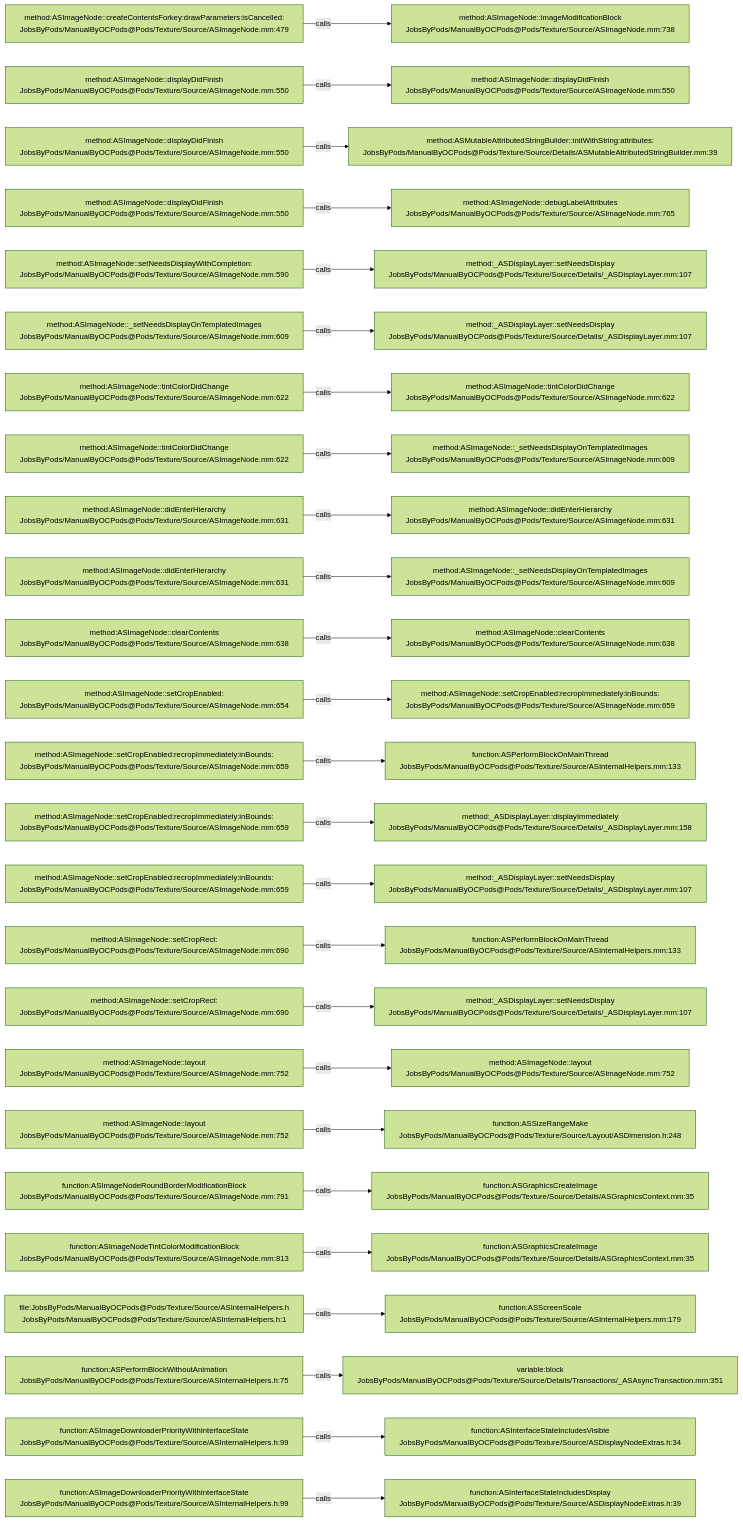
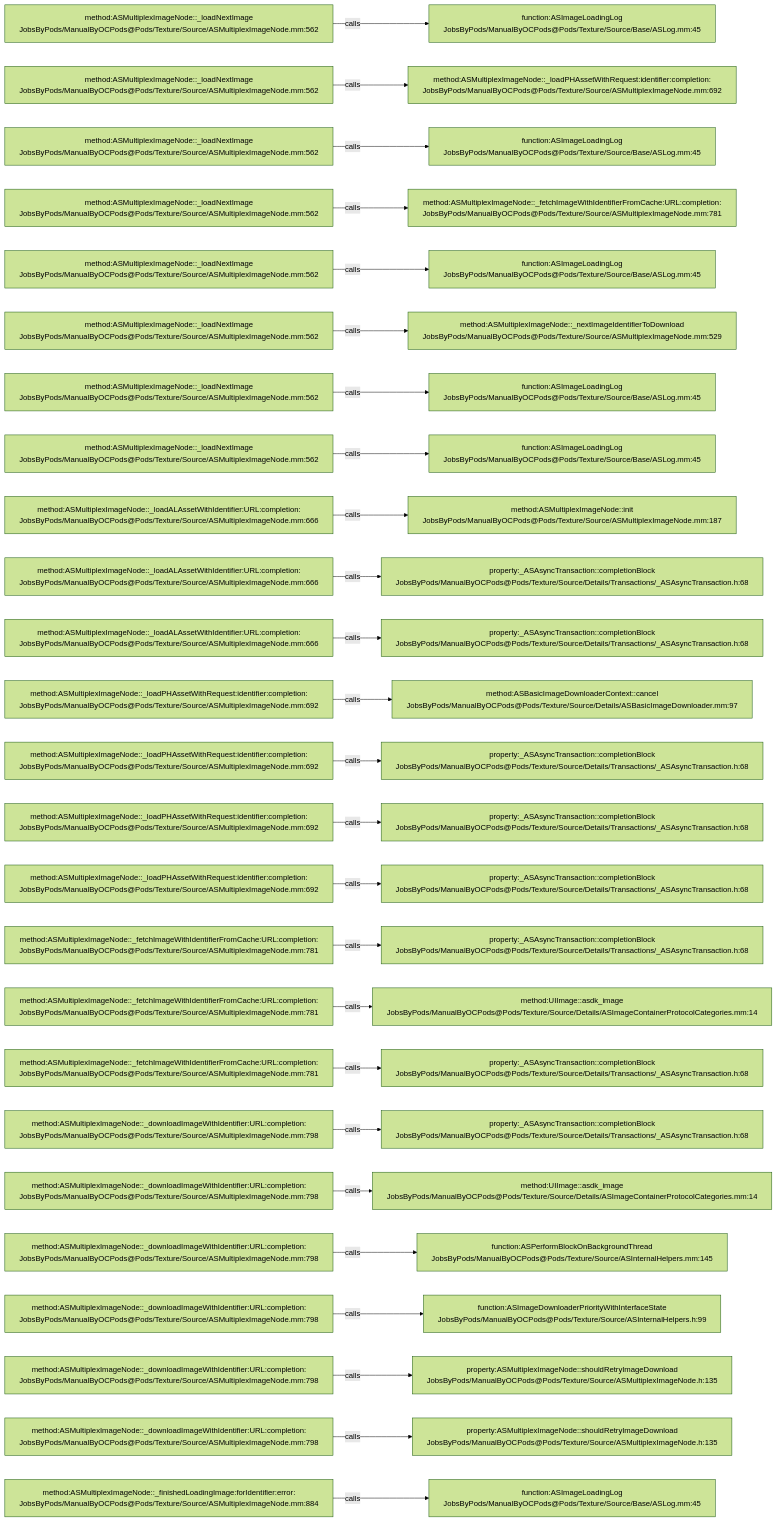
The diagram in .codegraph/codegraph.md/graphs/calls-108.md (JobsKits/JobsOCBaseConfigDemo), drawn with Mermaid (forest theme) before and after one commit. The commit also changed 1448 other files, not shown here.

````diff
--- a/.codegraph/codegraph.md/graphs/calls-108.md
+++ b/.codegraph/codegraph.md/graphs/calls-108.md
@@ -13,78 +13,78 @@
 ```mermaid
 flowchart LR
-  S1["method:ASImageNode::createContentsForkey:drawParameters:isCancelled:<br/>JobsByPods/ManualByOCPods@Pods/Texture/Source/ASImageNode.mm:479"]
-  T1["method:ASImageNode::imageModificationBlock<br/>JobsByPods/ManualByOCPods@Pods/Texture/Source/ASImageNode.mm:738"]
+  S1["method:ASMultiplexImageNode::_loadNextImage<br/>JobsByPods/ManualByOCPods@Pods/Texture/Source/ASMultiplexImageNode.mm:562"]
+  T1["function:ASImageLoadingLog<br/>JobsByPods/ManualByOCPods@Pods/Texture/Source/Base/ASLog.mm:45"]
   S1 -->|calls| T1
-  S2["method:ASImageNode::displayDidFinish<br/>JobsByPods/ManualByOCPods@Pods/Texture/Source/ASImageNode.mm:550"]
-  T2["method:ASImageNode::displayDidFinish<br/>JobsByPods/ManualByOCPods@Pods/Texture/Source/ASImageNode.mm:550"]
+  S2["method:ASMultiplexImageNode::_loadNextImage<br/>JobsByPods/ManualByOCPods@Pods/Texture/Source/ASMultiplexImageNode.mm:562"]
+  T2["method:ASMultiplexImageNode::_loadPHAssetWithRequest:identifier:completion:<br/>JobsByPods/ManualByOCPods@Pods/Texture/Source/ASMultiplexImageNode.mm:692"]
   S2 -->|calls| T2
-  S3["method:ASImageNode::displayDidFinish<br/>JobsByPods/ManualByOCPods@Pods/Texture/Source/ASImageNode.mm:550"]
-  T3["method:ASMutableAttributedStringBuilder::initWithString:attributes:<br/>JobsByPods/ManualByOCPods@Pods/Texture/Source/Details/ASMutableAttributedStringBuilder.mm:39"]
+  S3["method:ASMultiplexImageNode::_loadNextImage<br/>JobsByPods/ManualByOCPods@Pods/Texture/Source/ASMultiplexImageNode.mm:562"]
+  T3["function:ASImageLoadingLog<br/>JobsByPods/ManualByOCPods@Pods/Texture/Source/Base/ASLog.mm:45"]
   S3 -->|calls| T3
-  S4["method:ASImageNode::displayDidFinish<br/>JobsByPods/ManualByOCPods@Pods/Texture/Source/ASImageNode.mm:550"]
-  T4["method:ASImageNode::debugLabelAttributes<br/>JobsByPods/ManualByOCPods@Pods/Texture/Source/ASImageNode.mm:765"]
+  S4["method:ASMultiplexImageNode::_loadNextImage<br/>JobsByPods/ManualByOCPods@Pods/Texture/Source/ASMultiplexImageNode.mm:562"]
+  T4["method:ASMultiplexImageNode::_fetchImageWithIdentifierFromCache:URL:completion:<br/>JobsByPods/ManualByOCPods@Pods/Texture/Source/ASMultiplexImageNode.mm:781"]
   S4 -->|calls| T4
-  S5["method:ASImageNode::setNeedsDisplayWithCompletion:<br/>JobsByPods/ManualByOCPods@Pods/Texture/Source/ASImageNode.mm:590"]
-  T5["method:_ASDisplayLayer::setNeedsDisplay<br/>JobsByPods/ManualByOCPods@Pods/Texture/Source/Details/_ASDisplayLayer.mm:107"]
+  S5["method:ASMultiplexImageNode::_loadNextImage<br/>JobsByPods/ManualByOCPods@Pods/Texture/Source/ASMultiplexImageNode.mm:562"]
+  T5["function:ASImageLoadingLog<br/>JobsByPods/ManualByOCPods@Pods/Texture/Source/Base/ASLog.mm:45"]
   S5 -->|calls| T5
-  S6["method:ASImageNode::_setNeedsDisplayOnTemplatedImages<br/>JobsByPods/ManualByOCPods@Pods/Texture/Source/ASImageNode.mm:609"]
-  T6["method:_ASDisplayLayer::setNeedsDisplay<br/>JobsByPods/ManualByOCPods@Pods/Texture/Source/Details/_ASDisplayLayer.mm:107"]
+  S6["method:ASMultiplexImageNode::_loadNextImage<br/>JobsByPods/ManualByOCPods@Pods/Texture/Source/ASMultiplexImageNode.mm:562"]
+  T6["method:ASMultiplexImageNode::_nextImageIdentifierToDownload<br/>JobsByPods/ManualByOCPods@Pods/Texture/Source/ASMultiplexImageNode.mm:529"]
   S6 -->|calls| T6
-  S7["method:ASImageNode::tintColorDidChange<br/>JobsByPods/ManualByOCPods@Pods/Texture/Source/ASImageNode.mm:622"]
-  T7["method:ASImageNode::tintColorDidChange<br/>JobsByPods/ManualByOCPods@Pods/Texture/Source/ASImageNode.mm:622"]
+  S7["method:ASMultiplexImageNode::_loadNextImage<br/>JobsByPods/ManualByOCPods@Pods/Texture/Source/ASMultiplexImageNode.mm:562"]
+  T7["function:ASImageLoadingLog<br/>JobsByPods/ManualByOCPods@Pods/Texture/Source/Base/ASLog.mm:45"]
   S7 -->|calls| T7
-  S8["method:ASImageNode::tintColorDidChange<br/>JobsByPods/ManualByOCPods@Pods/Texture/Source/ASImageNode.mm:622"]
-  T8["method:ASImageNode::_setNeedsDisplayOnTemplatedImages<br/>JobsByPods/ManualByOCPods@Pods/Texture/Source/ASImageNode.mm:609"]
+  S8["method:ASMultiplexImageNode::_loadNextImage<br/>JobsByPods/ManualByOCPods@Pods/Texture/Source/ASMultiplexImageNode.mm:562"]
+  T8["function:ASImageLoadingLog<br/>JobsByPods/ManualByOCPods@Pods/Texture/Source/Base/ASLog.mm:45"]
   S8 -->|calls| T8
-  S9["method:ASImageNode::didEnterHierarchy<br/>JobsByPods/ManualByOCPods@Pods/Texture/Source/ASImageNode.mm:631"]
-  T9["method:ASImageNode::didEnterHierarchy<br/>JobsByPods/ManualByOCPods@Pods/Texture/Source/ASImageNode.mm:631"]
+  S9["method:ASMultiplexImageNode::_loadALAssetWithIdentifier:URL:completion:<br/>JobsByPods/ManualByOCPods@Pods/Texture/Source/ASMultiplexImageNode.mm:666"]
+  T9["method:ASMultiplexImageNode::init<br/>JobsByPods/ManualByOCPods@Pods/Texture/Source/ASMultiplexImageNode.mm:187"]
   S9 -->|calls| T9
-  S10["method:ASImageNode::didEnterHierarchy<br/>JobsByPods/ManualByOCPods@Pods/Texture/Source/ASImageNode.mm:631"]
-  T10["method:ASImageNode::_setNeedsDisplayOnTemplatedImages<br/>JobsByPods/ManualByOCPods@Pods/Texture/Source/ASImageNode.mm:609"]
+  S10["method:ASMultiplexImageNode::_loadALAssetWithIdentifier:URL:completion:<br/>JobsByPods/ManualByOCPods@Pods/Texture/Source/ASMultiplexImageNode.mm:666"]
+  T10["property:_ASAsyncTransaction::completionBlock<br/>JobsByPods/ManualByOCPods@Pods/Texture/Source/Details/Transactions/_ASAsyncTransaction.h:68"]
   S10 -->|calls| T10
-  S11["method:ASImageNode::clearContents<br/>JobsByPods/ManualByOCPods@Pods/Texture/Source/ASImageNode.mm:638"]
-  T11["method:ASImageNode::clearContents<br/>JobsByPods/ManualByOCPods@Pods/Texture/Source/ASImageNode.mm:638"]
+  S11["method:ASMultiplexImageNode::_loadALAssetWithIdentifier:URL:completion:<br/>JobsByPods/ManualByOCPods@Pods/Texture/Source/ASMultiplexImageNode.mm:666"]
+  T11["property:_ASAsyncTransaction::completionBlock<br/>JobsByPods/ManualByOCPods@Pods/Texture/Source/Details/Transactions/_ASAsyncTransaction.h:68"]
   S11 -->|calls| T11
-  S12["method:ASImageNode::setCropEnabled:<br/>JobsByPods/ManualByOCPods@Pods/Texture/Source/ASImageNode.mm:654"]
-  T12["method:ASImageNode::setCropEnabled:recropImmediately:inBounds:<br/>JobsByPods/ManualByOCPods@Pods/Texture/Source/ASImageNode.mm:659"]
+  S12["method:ASMultiplexImageNode::_loadPHAssetWithRequest:identifier:completion:<br/>JobsByPods/ManualByOCPods@Pods/Texture/Source/ASMultiplexImageNode.mm:692"]
+  T12["method:ASBasicImageDownloaderContext::cancel<br/>JobsByPods/ManualByOCPods@Pods/Texture/Source/Details/ASBasicImageDownloader.mm:97"]
   S12 -->|calls| T12
-  S13["method:ASImageNode::setCropEnabled:recropImmediately:inBounds:<br/>JobsByPods/ManualByOCPods@Pods/Texture/Source/ASImageNode.mm:659"]
-  T13["function:ASPerformBlockOnMainThread<br/>JobsByPods/ManualByOCPods@Pods/Texture/Source/ASInternalHelpers.mm:133"]
+  S13["method:ASMultiplexImageNode::_loadPHAssetWithRequest:identifier:completion:<br/>JobsByPods/ManualByOCPods@Pods/Texture/Source/ASMultiplexImageNode.mm:692"]
+  T13["property:_ASAsyncTransaction::completionBlock<br/>JobsByPods/ManualByOCPods@Pods/Texture/Source/Details/Transactions/_ASAsyncTransaction.h:68"]
   S13 -->|calls| T13
-  S14["method:ASImageNode::setCropEnabled:recropImmediately:inBounds:<br/>JobsByPods/ManualByOCPods@Pods/Texture/Source/ASImageNode.mm:659"]
-  T14["method:_ASDisplayLayer::displayImmediately<br/>JobsByPods/ManualByOCPods@Pods/Texture/Source/Details/_ASDisplayLayer.mm:158"]
+  S14["method:ASMultiplexImageNode::_loadPHAssetWithRequest:identifier:completion:<br/>JobsByPods/ManualByOCPods@Pods/Texture/Source/ASMultiplexImageNode.mm:692"]
+  T14["property:_ASAsyncTransaction::completionBlock<br/>JobsByPods/ManualByOCPods@Pods/Texture/Source/Details/Transactions/_ASAsyncTransaction.h:68"]
   S14 -->|calls| T14
-  S15["method:ASImageNode::setCropEnabled:recropImmediately:inBounds:<br/>JobsByPods/ManualByOCPods@Pods/Texture/Source/ASImageNode.mm:659"]
-  T15["method:_ASDisplayLayer::setNeedsDisplay<br/>JobsByPods/ManualByOCPods@Pods/Texture/Source/Details/_ASDisplayLayer.mm:107"]
+  S15["method:ASMultiplexImageNode::_loadPHAssetWithRequest:identifier:completion:<br/>JobsByPods/ManualByOCPods@Pods/Texture/Source/ASMultiplexImageNode.mm:692"]
+  T15["property:_ASAsyncTransaction::completionBlock<br/>JobsByPods/ManualByOCPods@Pods/Texture/Source/Details/Transactions/_ASAsyncTransaction.h:68"]
   S15 -->|calls| T15
-  S16["method:ASImageNode::setCropRect:<br/>JobsByPods/ManualByOCPods@Pods/Texture/Source/ASImageNode.mm:690"]
-  T16["function:ASPerformBlockOnMainThread<br/>JobsByPods/ManualByOCPods@Pods/Texture/Source/ASInternalHelpers.mm:133"]
+  S16["method:ASMultiplexImageNode::_fetchImageWithIdentifierFromCache:URL:completion:<br/>JobsByPods/ManualByOCPods@Pods/Texture/Source/ASMultiplexImageNode.mm:781"]
+  T16["property:_ASAsyncTransaction::completionBlock<br/>JobsByPods/ManualByOCPods@Pods/Texture/Source/Details/Transactions/_ASAsyncTransaction.h:68"]
   S16 -->|calls| T16
-  S17["method:ASImageNode::setCropRect:<br/>JobsByPods/ManualByOCPods@Pods/Texture/Source/ASImageNode.mm:690"]
-  T17["method:_ASDisplayLayer::setNeedsDisplay<br/>JobsByPods/ManualByOCPods@Pods/Texture/Source/Details/_ASDisplayLayer.mm:107"]
+  S17["method:ASMultiplexImageNode::_fetchImageWithIdentifierFromCache:URL:completion:<br/>JobsByPods/ManualByOCPods@Pods/Texture/Source/ASMultiplexImageNode.mm:781"]
+  T17["method:UIImage::asdk_image<br/>JobsByPods/ManualByOCPods@Pods/Texture/Source/Details/ASImageContainerProtocolCategories.mm:14"]
   S17 -->|calls| T17
-  S18["method:ASImageNode::layout<br/>JobsByPods/ManualByOCPods@Pods/Texture/Source/ASImageNode.mm:752"]
-  T18["method:ASImageNode::layout<br/>JobsByPods/ManualByOCPods@Pods/Texture/Source/ASImageNode.mm:752"]
+  S18["method:ASMultiplexImageNode::_fetchImageWithIdentifierFromCache:URL:completion:<br/>JobsByPods/ManualByOCPods@Pods/Texture/Source/ASMultiplexImageNode.mm:781"]
+  T18["property:_ASAsyncTransaction::completionBlock<br/>JobsByPods/ManualByOCPods@Pods/Texture/Source/Details/Transactions/_ASAsyncTransaction.h:68"]
   S18 -->|calls| T18
-  S19["method:ASImageNode::layout<br/>JobsByPods/ManualByOCPods@Pods/Texture/Source/ASImageNode.mm:752"]
-  T19["function:ASSizeRangeMake<br/>JobsByPods/ManualByOCPods@Pods/Texture/Source/Layout/ASDimension.h:248"]
+  S19["method:ASMultiplexImageNode::_downloadImageWithIdentifier:URL:completion:<br/>JobsByPods/ManualByOCPods@Pods/Texture/Source/ASMultiplexImageNode.mm:798"]
+  T19["property:_ASAsyncTransaction::completionBlock<br/>JobsByPods/ManualByOCPods@Pods/Texture/Source/Details/Transactions/_ASAsyncTransaction.h:68"]
   S19 -->|calls| T19
-  S20["function:ASImageNodeRoundBorderModificationBlock<br/>JobsByPods/ManualByOCPods@Pods/Texture/Source/ASImageNode.mm:791"]
-  T20["function:ASGraphicsCreateImage<br/>JobsByPods/ManualByOCPods@Pods/Texture/Source/Details/ASGraphicsContext.mm:35"]
+  S20["method:ASMultiplexImageNode::_downloadImageWithIdentifier:URL:completion:<br/>JobsByPods/ManualByOCPods@Pods/Texture/Source/ASMultiplexImageNode.mm:798"]
+  T20["method:UIImage::asdk_image<br/>JobsByPods/ManualByOCPods@Pods/Texture/Source/Details/ASImageContainerProtocolCategories.mm:14"]
   S20 -->|calls| T20
-  S21["function:ASImageNodeTintColorModificationBlock<br/>JobsByPods/ManualByOCPods@Pods/Texture/Source/ASImageNode.mm:813"]
-  T21["function:ASGraphicsCreateImage<br/>JobsByPods/ManualByOCPods@Pods/Texture/Source/Details/ASGraphicsContext.mm:35"]
+  S21["method:ASMultiplexImageNode::_downloadImageWithIdentifier:URL:completion:<br/>JobsByPods/ManualByOCPods@Pods/Texture/Source/ASMultiplexImageNode.mm:798"]
+  T21["function:ASPerformBlockOnBackgroundThread<br/>JobsByPods/ManualByOCPods@Pods/Texture/Source/ASInternalHelpers.mm:145"]
   S21 -->|calls| T21
-  S22["file:JobsByPods/ManualByOCPods@Pods/Texture/Source/ASInternalHelpers.h<br/>JobsByPods/ManualByOCPods@Pods/Texture/Source/ASInternalHelpers.h:1"]
-  T22["function:ASScreenScale<br/>JobsByPods/ManualByOCPods@Pods/Texture/Source/ASInternalHelpers.mm:179"]
+  S22["method:ASMultiplexImageNode::_downloadImageWithIdentifier:URL:completion:<br/>JobsByPods/ManualByOCPods@Pods/Texture/Source/ASMultiplexImageNode.mm:798"]
+  T22["function:ASImageDownloaderPriorityWithInterfaceState<br/>JobsByPods/ManualByOCPods@Pods/Texture/Source/ASInternalHelpers.h:99"]
   S22 -->|calls| T22
-  S23["function:ASPerformBlockWithoutAnimation<br/>JobsByPods/ManualByOCPods@Pods/Texture/Source/ASInternalHelpers.h:75"]
-  T23["variable:block<br/>JobsByPods/ManualByOCPods@Pods/Texture/Source/Details/Transactions/_ASAsyncTransaction.mm:351"]
+  S23["method:ASMultiplexImageNode::_downloadImageWithIdentifier:URL:completion:<br/>JobsByPods/ManualByOCPods@Pods/Texture/Source/ASMultiplexImageNode.mm:798"]
+  T23["property:ASMultiplexImageNode::shouldRetryImageDownload<br/>JobsByPods/ManualByOCPods@Pods/Texture/Source/ASMultiplexImageNode.h:135"]
   S23 -->|calls| T23
-  S24["function:ASImageDownloaderPriorityWithInterfaceState<br/>JobsByPods/ManualByOCPods@Pods/Texture/Source/ASInternalHelpers.h:99"]
-  T24["function:ASInterfaceStateIncludesVisible<br/>JobsByPods/ManualByOCPods@Pods/Texture/Source/ASDisplayNodeExtras.h:34"]
+  S24["method:ASMultiplexImageNode::_downloadImageWithIdentifier:URL:completion:<br/>JobsByPods/ManualByOCPods@Pods/Texture/Source/ASMultiplexImageNode.mm:798"]
+  T24["property:ASMultiplexImageNode::shouldRetryImageDownload<br/>JobsByPods/ManualByOCPods@Pods/Texture/Source/ASMultiplexImageNode.h:135"]
   S24 -->|calls| T24
-  S25["function:ASImageDownloaderPriorityWithInterfaceState<br/>JobsByPods/ManualByOCPods@Pods/Texture/Source/ASInternalHelpers.h:99"]
-  T25["function:ASInterfaceStateIncludesDisplay<br/>JobsByPods/ManualByOCPods@Pods/Texture/Source/ASDisplayNodeExtras.h:39"]
+  S25["method:ASMultiplexImageNode::_finishedLoadingImage:forIdentifier:error:<br/>JobsByPods/ManualByOCPods@Pods/Texture/Source/ASMultiplexImageNode.mm:884"]
+  T25["function:ASImageLoadingLog<br/>JobsByPods/ManualByOCPods@Pods/Texture/Source/Base/ASLog.mm:45"]
   S25 -->|calls| T25
 ```
````
